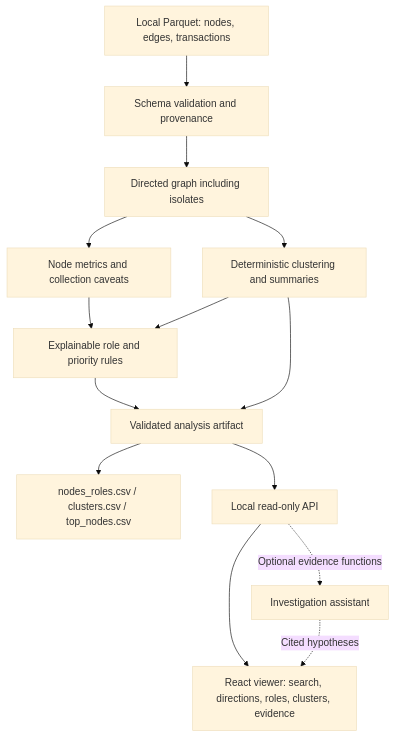
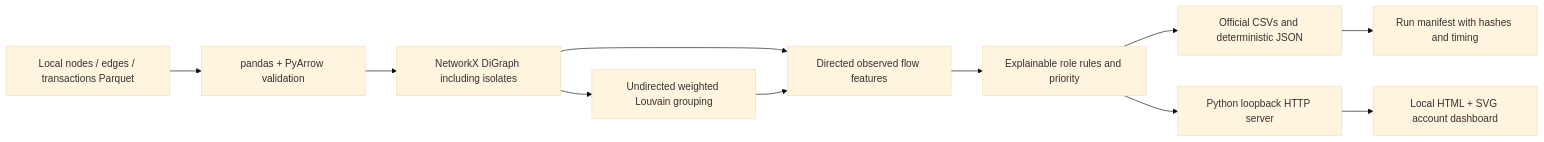
The diagram in docs/money-graph/architecture.md (BAITC-Hacks/hack-368e1646-jiggle-eagles), drawn with Mermaid (base theme) before and after one commit. The commit also changed other lines of this file and 20 other files, not shown here.

Commit message:
Build minimal local Money Graph investigation tool

````diff
--- a/docs/money-graph/architecture.md
+++ b/docs/money-graph/architecture.md
@@ -5,16 +3,13 @@
 ```mermaid
-flowchart TD
-    A[Local Parquet: nodes, edges, transactions] --> B[Schema validation and provenance]
-    B --> C[Directed graph including isolates]
-    C --> D[Node metrics and collection caveats]
-    C --> E[Deterministic clustering and summaries]
-    D --> F[Explainable role and priority rules]
-    E --> F
-    F --> G[Validated analysis artifact]
-    E --> G
-    G --> H[nodes_roles.csv / clusters.csv / top_nodes.csv]
-    G --> I[Local read-only API]
-    I --> J[React viewer: search, directions, roles, clusters, evidence]
-    I -. Optional evidence functions .-> K[Investigation assistant]
-    K -. Cited hypotheses .-> J
+flowchart LR
+    P[Local nodes / edges / transactions Parquet] --> V[pandas + PyArrow validation]
+    V --> G[NetworkX DiGraph including isolates]
+    G --> C[Undirected weighted Louvain grouping]
+    G --> F[Directed observed flow features]
+    C --> F
+    F --> R[Explainable role rules and priority]
+    R --> E[Official CSVs and deterministic JSON]
+    E --> M[Run manifest with hashes and timing]
+    R --> S[Python loopback HTTP server]
+    S --> U[Local HTML + SVG account dashboard]
 ```
````
